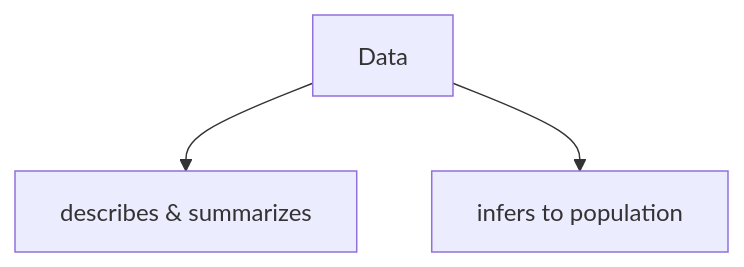
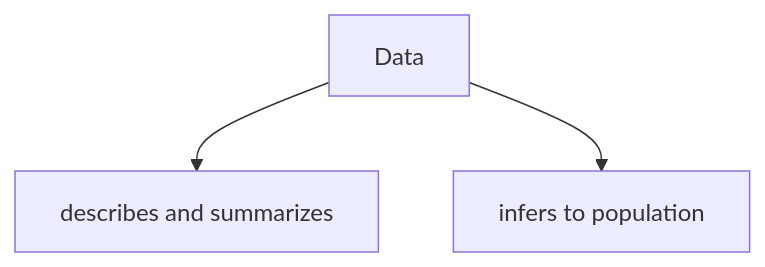
The diagram in Introduction to the Philosophy of Science and Research Methodology/Statistics.md (vicky-liu17/vicky-blogs), drawn with Mermaid before and after one commit. The commit also changed other lines of this file and 4 other files, not shown here.

````diff
--- a/Introduction to the Philosophy of Science and Research Methodology/Statistics.md
+++ b/Introduction to the Philosophy of Science and Research Methodology/Statistics.md
@@ -3,4 +3,4 @@
 ```mermaid
 graph TD;
-A["Data"]-->B["describes & summarizes"] & C["infers to population"];
+A["Data"]-->B["describes and summarizes"] & C["infers to population"];
 ```
````
